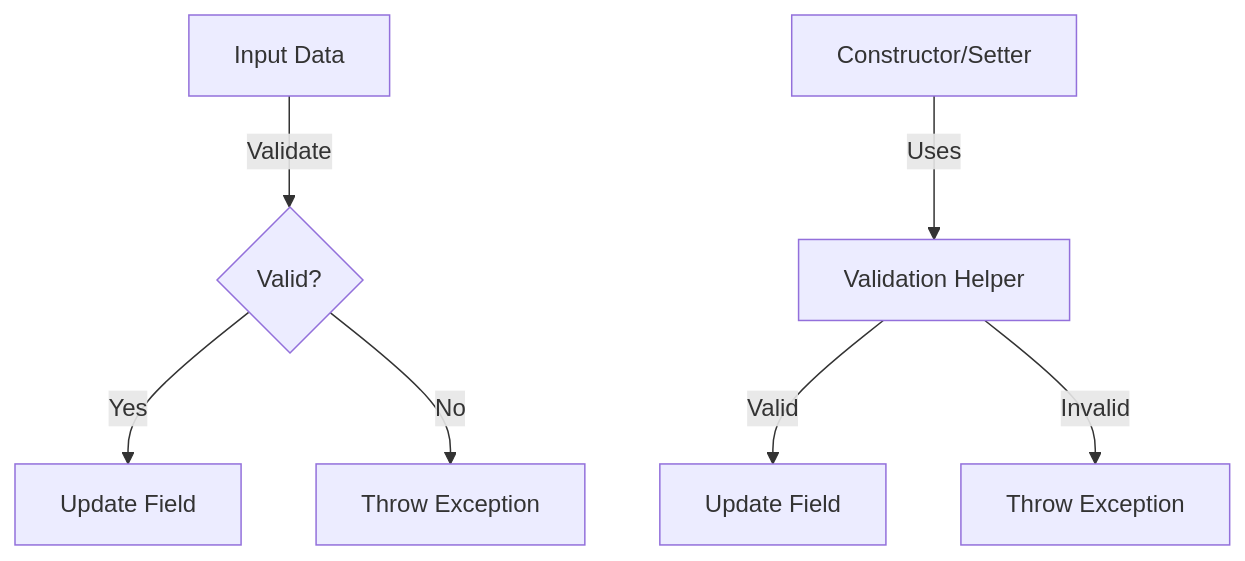
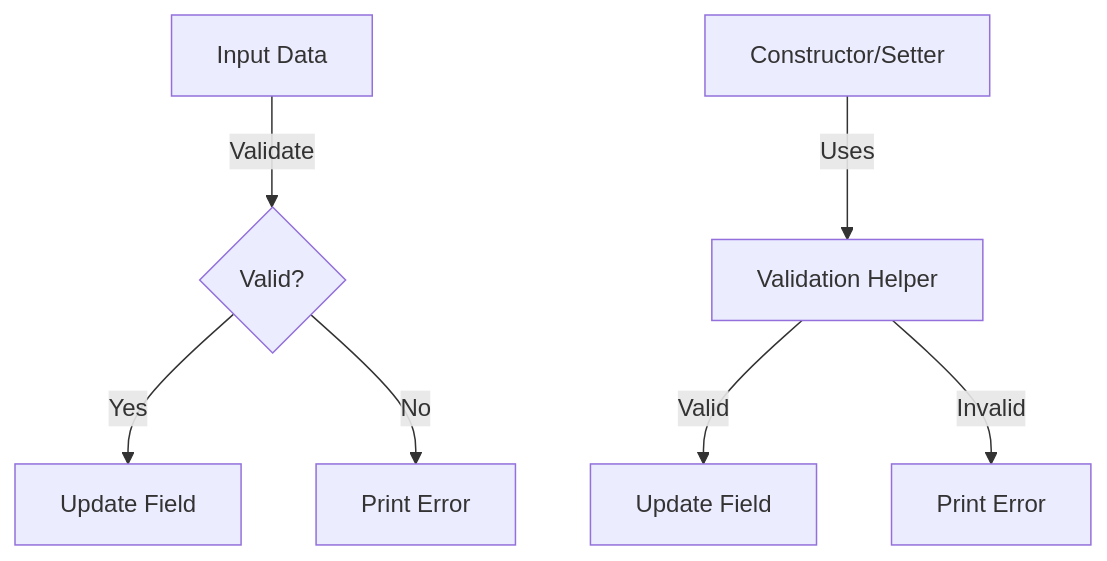
The third of 3 diagrams in README.md (DanielCreggOrganization/ooc-lab-encapsulation-template), drawn with Mermaid before and after one commit.

Commit message:
Change error handling in README flowchart
Updated error handling in the flowchart to print errors instead of throwing exceptions.

````diff
--- a/README.md
+++ b/README.md
@@ -166,10 +166,10 @@
 ```mermaid
 graph TD
     A[Input Data] -->|Validate| B{Valid?}
     B -->|Yes| C[Update Field]
-    B -->|No| D[Throw Exception]
+    B -->|No| D[Print Error]
     
     E[Constructor/Setter] -->|Uses| F[Validation Helper]
     F -->|Valid| G[Update Field]
-    F -->|Invalid| H[Throw Exception]
+    F -->|Invalid| H[Print Error]
 ```
````
